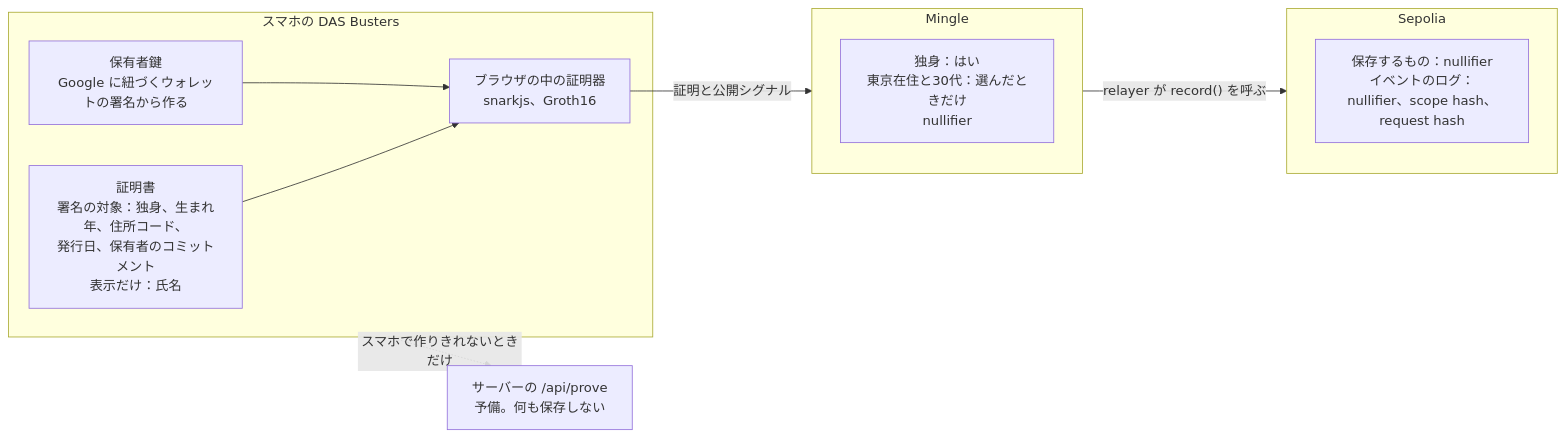
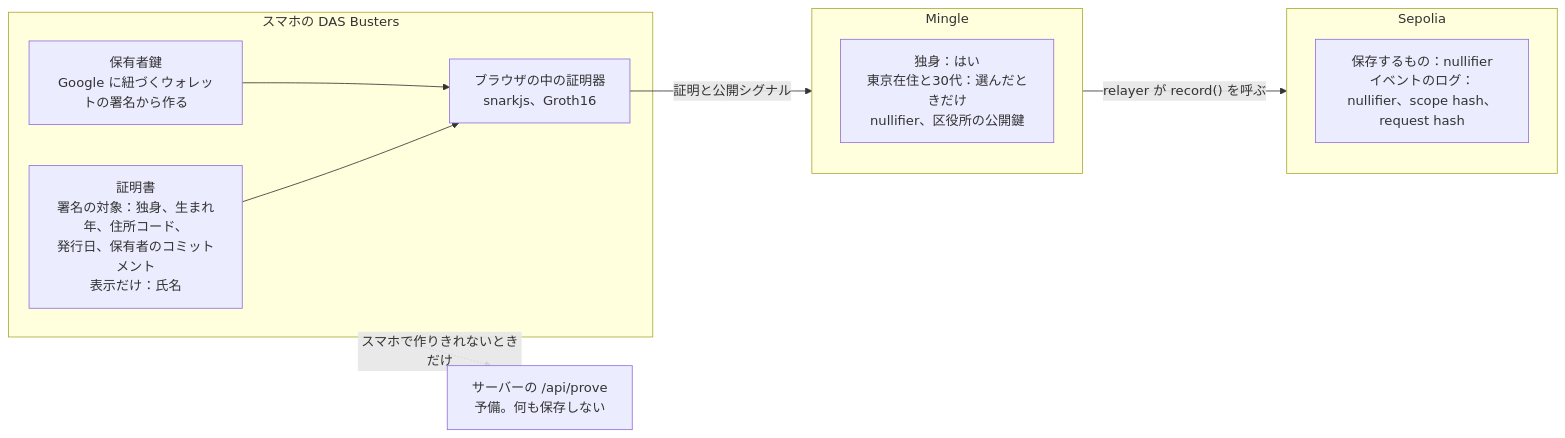
One commit to CobaltSato/das-busters changed the second of 5 diagrams in README.ja.md. Above: the diagram before and after it, drawn with Mermaid. The commit also changed other lines of this file and 1 other file, not shown here.

````diff
--- a/README.ja.md
+++ b/README.ja.md
@@ -126,20 +126,20 @@
 ```mermaid
 flowchart LR
   subgraph phone["スマホの DAS Busters"]
     cert["証明書<br/>署名の対象：独身、生まれ年、住所コード、<br/>発行日、保有者のコミットメント<br/>表示だけ：氏名"]
     secret["保有者鍵<br/>Google に紐づくウォレットの署名から作る"]
     prove["ブラウザの中の証明器<br/>snarkjs、Groth16"]
   end
   fallback["サーバーの /api/prove<br/>予備。何も保存しない"]
   subgraph mingle["Mingle"]
-    seen["独身：はい<br/>東京在住と30代：選んだときだけ<br/>nullifier"]
+    seen["独身：はい<br/>東京在住と30代：選んだときだけ<br/>nullifier、区役所の公開鍵"]
   end
   subgraph chain["Sepolia"]
     stored["保存するもの：nullifier<br/>イベントのログ：nullifier、scope hash、request hash"]
   end
   cert --> prove
   secret --> prove
   phone -.->|"スマホで作りきれないときだけ"| fallback
   prove -- "証明と公開シグナル" --> mingle
   mingle -- "relayer が record() を呼ぶ" --> chain
 ```
````
